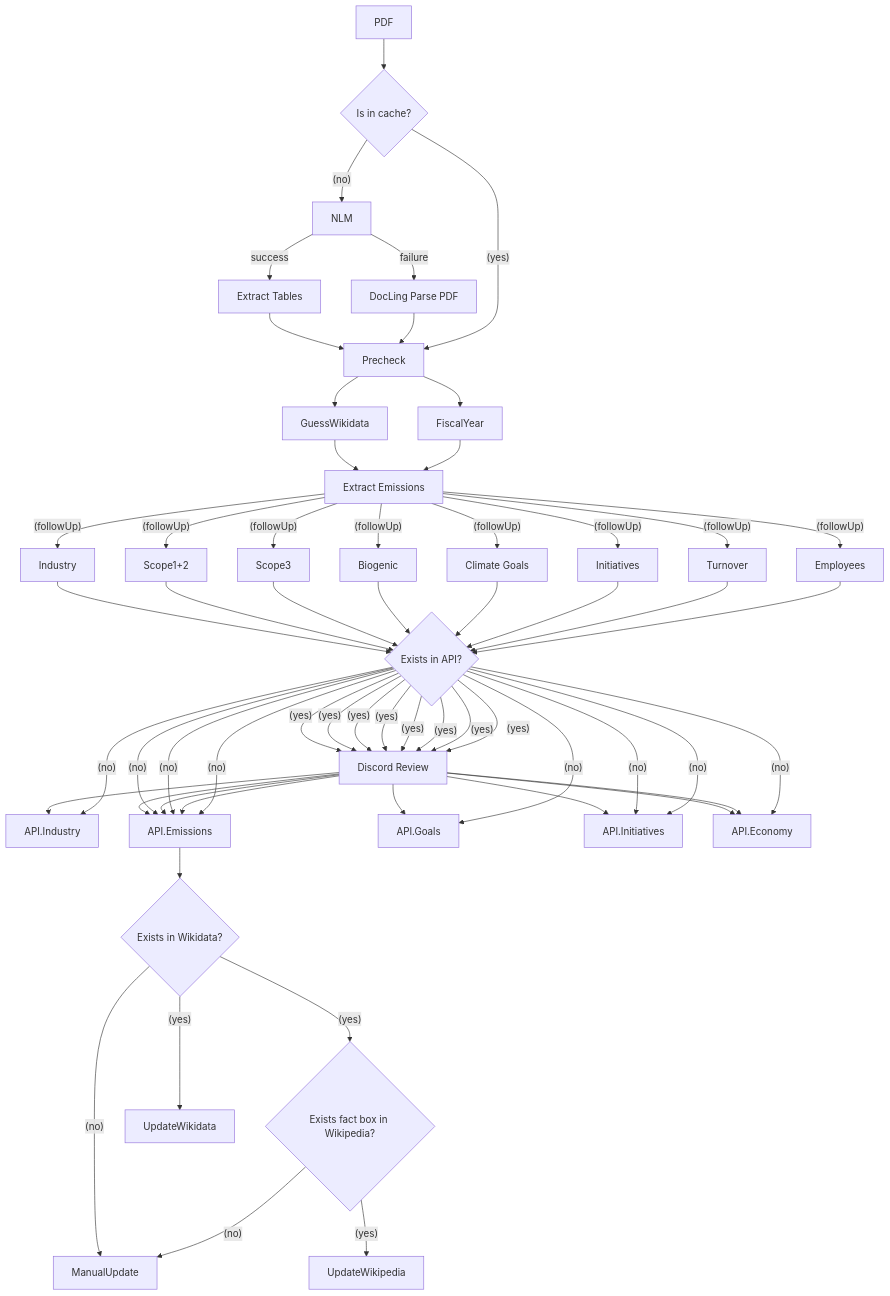
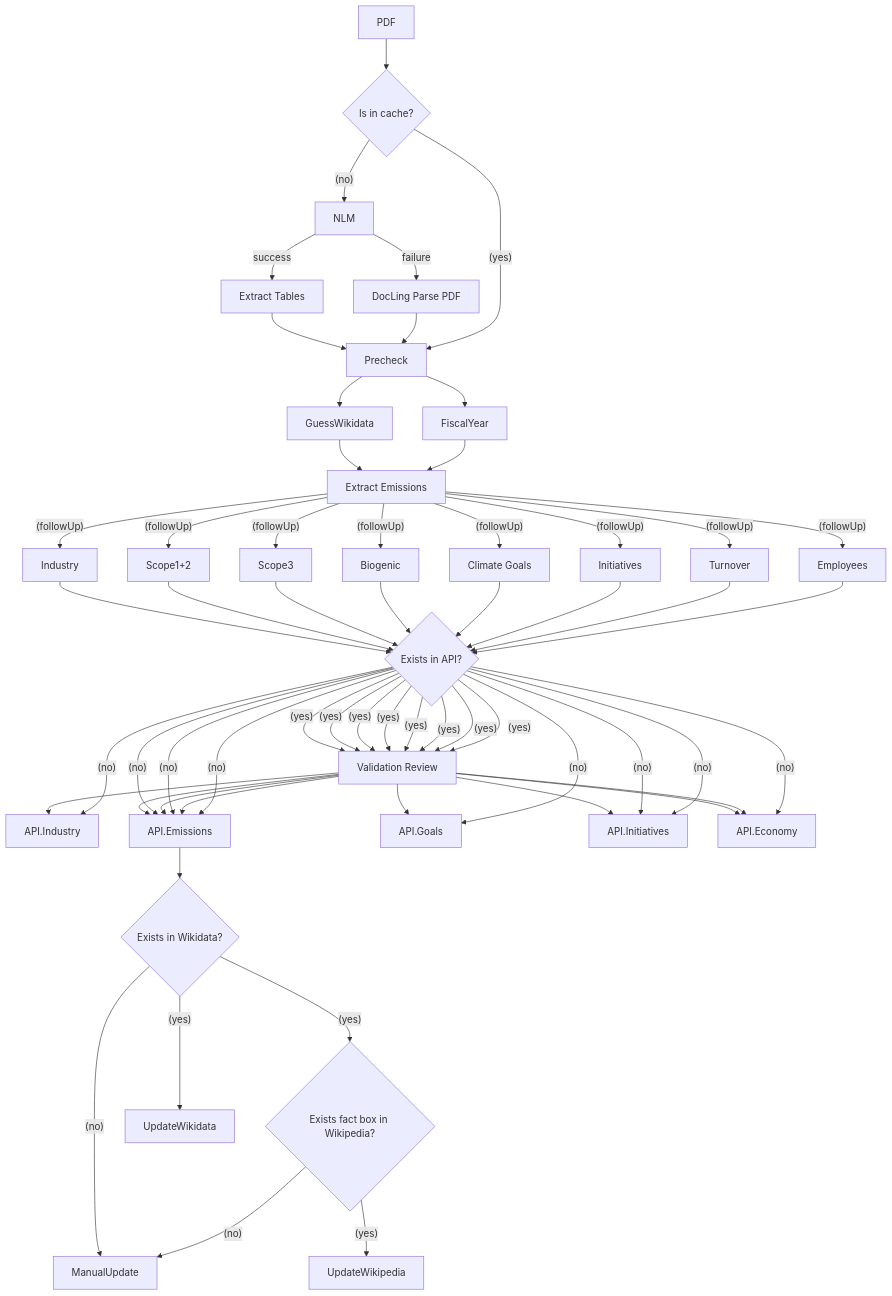
One commit to Klimatbyran/garbo changed the diagram in README.md. Above: the diagram before and after it, drawn with Mermaid. The commit also changed other lines of this file and 20 other files, not shown here.

````diff
--- a/README.md
+++ b/README.md
@@ -21,57 +21,57 @@
 ```mermaid
 flowchart TB
 
     PDF[PDF]
     Cache{Is in cache?}
     DocLing[DocLing Parse PDF]
     Tables[Extract Tables]
     Emissions[Extract Emissions]
 
     Industry[Industry]
     Goals[Climate Goals]
-    Review[Discord Review]
+    Review[Validation Review]
 
     Precheck --> GuessWikidata --> Emissions
     Precheck --> FiscalYear --> Emissions
 
     PDF --> Cache --(no)--> NLM
     NLM --success--> Tables --> Precheck
     NLM --failure--> DocLing --> Precheck
 
     Cache --(yes)--> Precheck
 
     CheckDB{Exists in API?}
 
 
     Emissions --(followUp)--> Industry --> CheckDB --(yes)--> Review --> API.Industry
                                            CheckDB --(no)--> API.Industry
     Emissions --(followUp)--> Scope1+2 --> CheckDB --(yes)--> Review --> API.Emissions
                                            CheckDB --(no)--> API.Emissions
     Emissions --(followUp)--> Scope3 --> CheckDB --(yes)--> Review --> API.Emissions
                                            CheckDB --(no)--> API.Emissions
     Emissions --(followUp)--> Biogenic --> CheckDB --(yes)--> Review --> API.Emissions
                                            CheckDB --(no)--> API.Emissions
     Emissions --(followUp)--> Goals --> CheckDB --(yes)--> Review --> API.Goals
                                            CheckDB --(no)--> API.Goals
     Emissions --(followUp)--> Initiatives --> CheckDB --(yes)--> Review --> API.Initiatives
                                            CheckDB --(no)--> API.Initiatives
     Emissions --(followUp)--> Turnover --> CheckDB --(yes)--> Review --> API.Economy
                                            CheckDB --(no)--> API.Initiatives
     Emissions --(followUp)--> Employees --> CheckDB --(yes)--> Review --> API.Economy
                                            CheckDB --(no)--> API.Economy
 
 
     CheckWikidata{Exists in Wikidata?}
     CheckWikipedia{Exists fact box in Wikipedia?}
 
     API.Emissions --> CheckWikidata
     CheckWikidata --(yes)--> UpdateWikidata
     CheckWikidata --(no)--> ManualUpdate
     CheckWikidata --(yes)--> CheckWikipedia
 
     CheckWikipedia --(yes)--> UpdateWikipedia
     CheckWikipedia --(no)--> ManualUpdate
 
 
 
 ```
````
